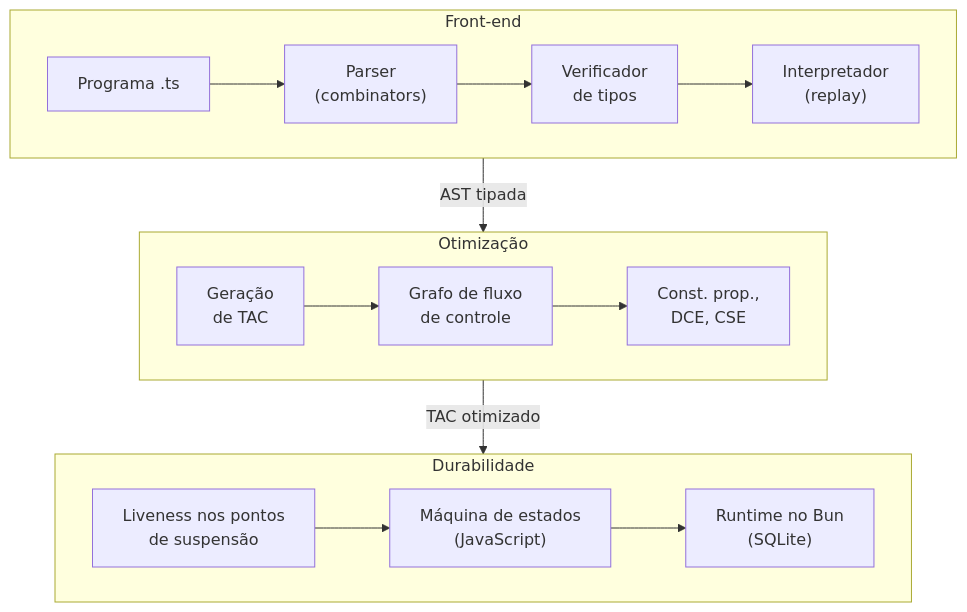
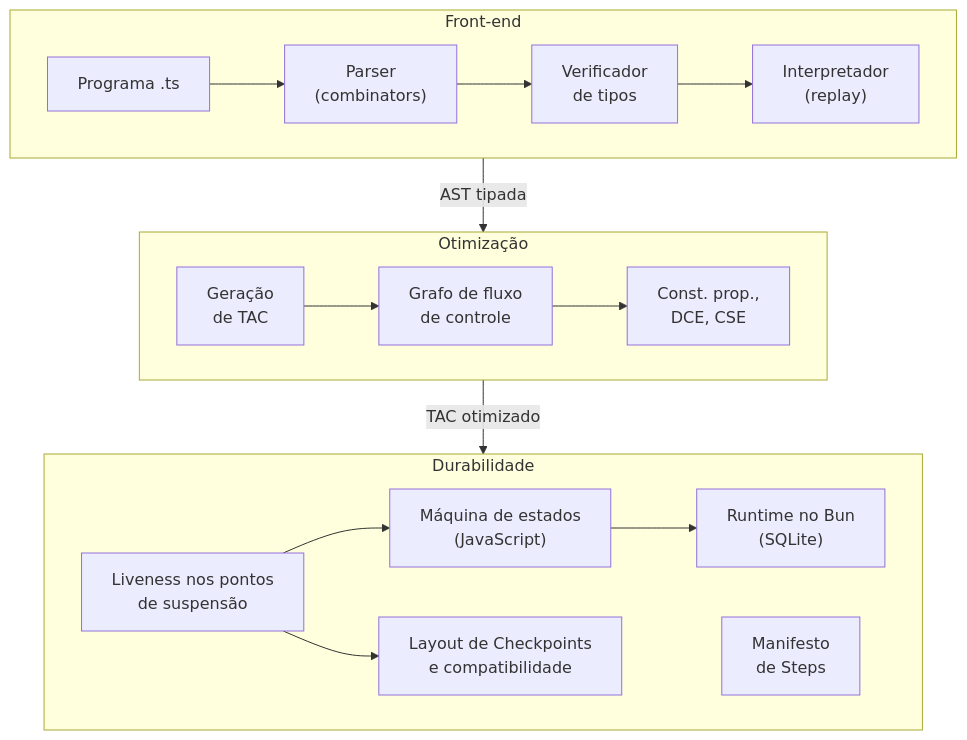
The fourth of 4 diagrams in docs/design.md (arthurbm/dormant-lang), drawn with Mermaid before and after one commit. The commit also changed other lines of this file and 6 other files, not shown here.

````diff
--- a/docs/design.md
+++ b/docs/design.md
@@ -226,17 +305,19 @@
 ```mermaid
 flowchart TB
     subgraph FE["Front-end"]
         direction LR
         SRC["Programa .ts"] --> PAR["Parser<br/>(combinators)"] --> TC["Verificador<br/>de tipos"] --> INT["Interpretador<br/>(replay)"]
     end
     subgraph OP["Otimização"]
         direction LR
         TAC["Geração<br/>de TAC"] --> CFG["Grafo de fluxo<br/>de controle"] --> OPT["Const. prop.,<br/>DCE, CSE"]
     end
     subgraph DU["Durabilidade"]
         direction LR
         LIV["Liveness nos pontos<br/>de suspensão"] --> GEN["Máquina de estados<br/>(JavaScript)"] --> RT["Runtime no Bun<br/>(SQLite)"]
+        LIV --> CMP["Layout de Checkpoints<br/>e compatibilidade"]
+        MAN["Manifesto<br/>de Steps"]
     end
     FE -->|"AST tipada"| OP
     OP -->|"TAC otimizado"| DU
 ```
````
